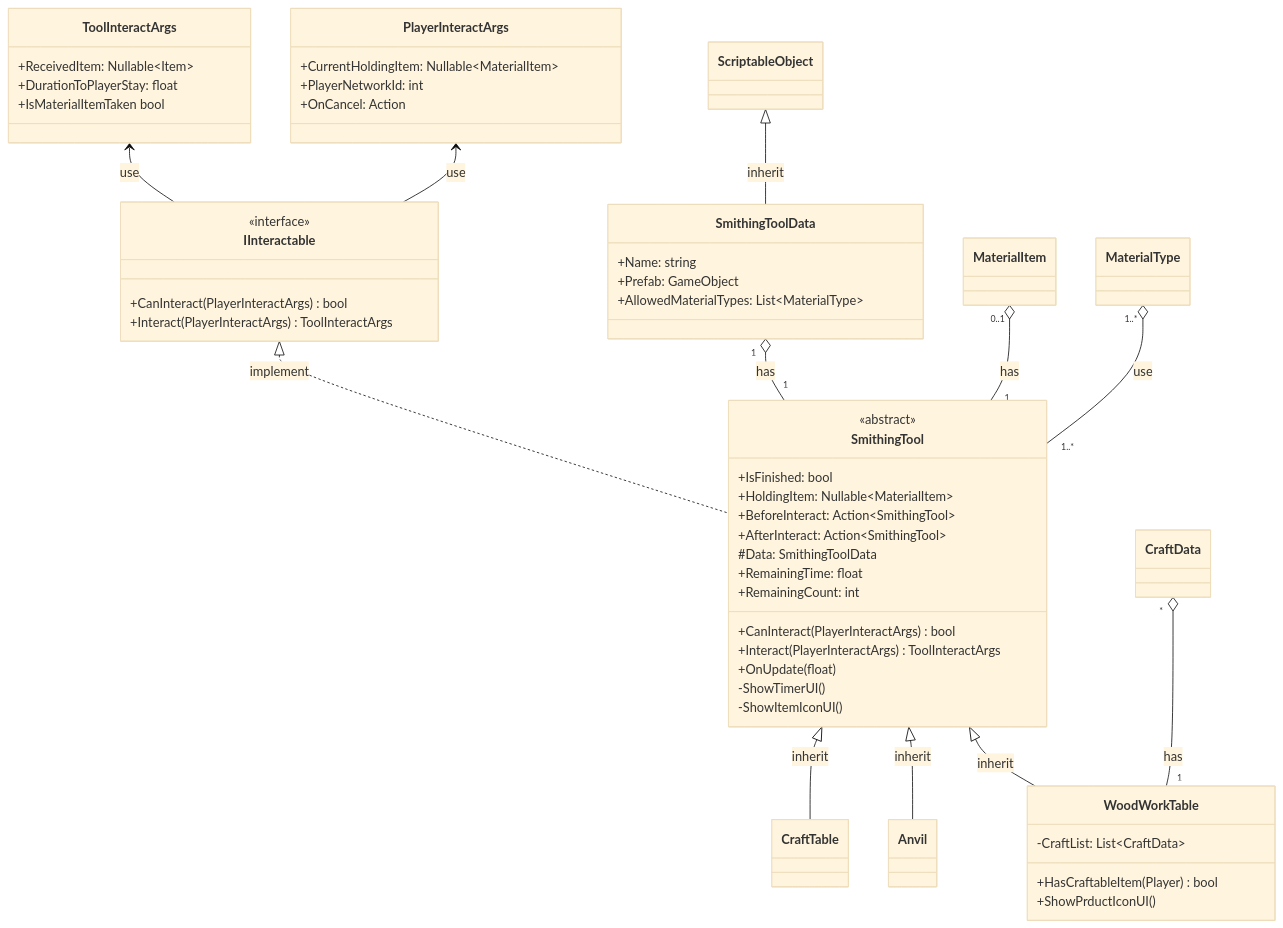
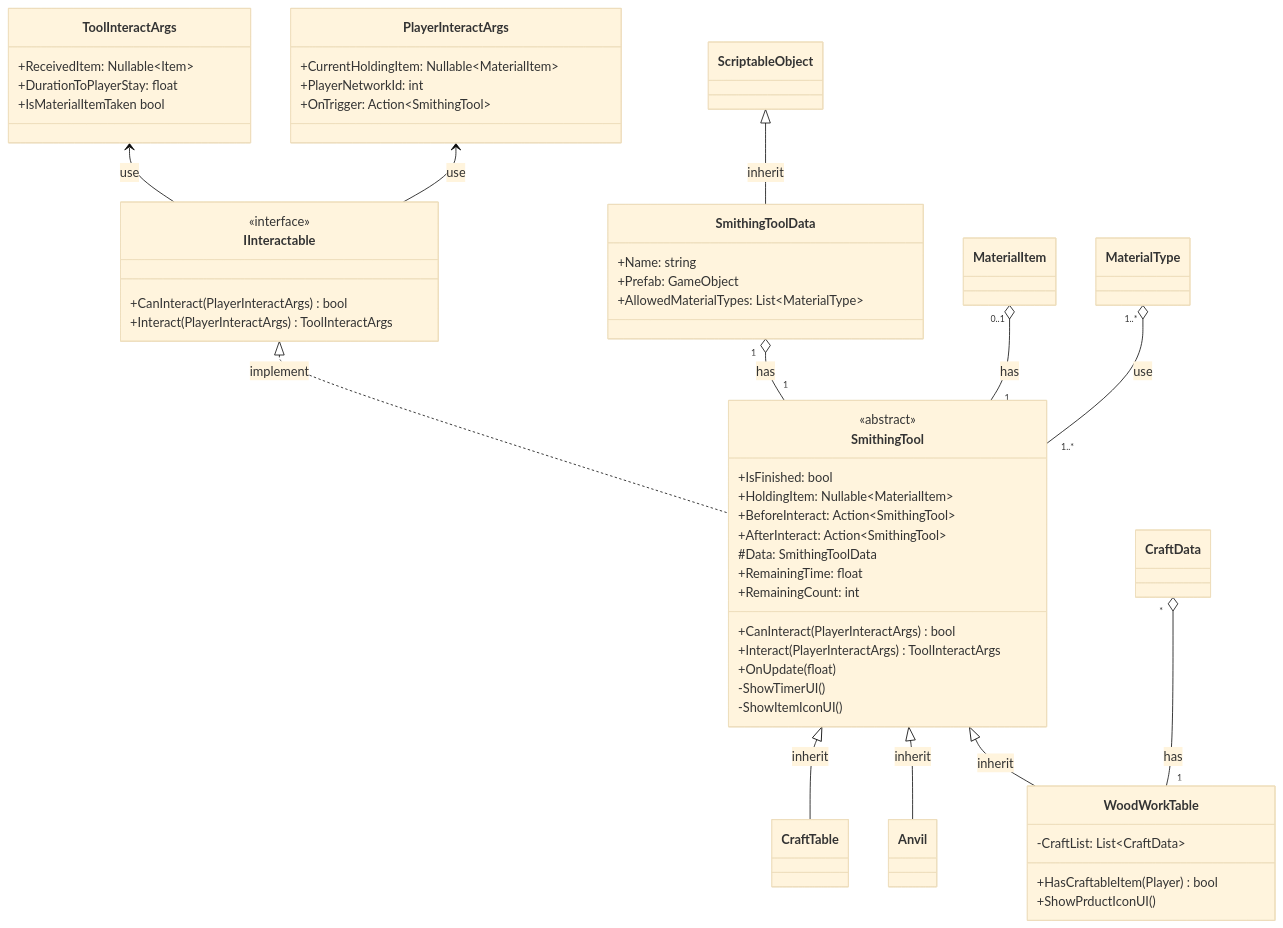
The second of 2 diagrams in Assets/SHG/README.md (Seonggyu-Min/Overforged), drawn with Mermaid (base theme) before and after one commit. The commit also changed other lines of this file and 1 other file, not shown here.

````diff
--- a/Assets/SHG/README.md
+++ b/Assets/SHG/README.md
@@ -64,69 +79,69 @@
 ```mermaid
 classDiagram
 
     class PlayerInteractArgs {
         +CurrentHoldingItem: Nullable~MaterialItem~
         +PlayerNetworkId: int
-        +OnCancel: Action
+        +OnTrigger: Action~SmithingTool~
     }
 
     class ToolInteractArgs {
         +ReceivedItem: Nullable~Item~
         +DurationToPlayerStay: float
         +IsMaterialItemTaken bool
     }
 
     class SmithingToolData {
         +Name: string
         +Prefab: GameObject
         +AllowedMaterialTypes: List~MaterialType~
     }
 
 	class SmithingTool {
     	<<abstract>>
         +IsFinished: bool 
         +HoldingItem: Nullable~MaterialItem~  
         +BeforeInteract: Action~SmithingTool~
         +AfterInteract: Action~SmithingTool~
         #Data: SmithingToolData
         +CanInteract(PlayerInteractArgs) bool
         +Interact(PlayerInteractArgs) ToolInteractArgs
         +OnUpdate(float)
         +RemainingTime: float 
         +RemainingCount: int
         -ShowTimerUI()
         -ShowItemIconUI()
 	}
 
     class IInteractable {
         <<interface>>
         +CanInteract(PlayerInteractArgs) bool
         +Interact(PlayerInteractArgs) ToolInteractArgs
     }
 
     class WoodWorkTable {
         +HasCraftableItem(Player) bool
         +ShowPrductIconUI()
         -CraftList: List~CraftData~
     }
 
     class Anvil {
 
     }
 
     class CraftTable {
         
     }
     
     ScriptableObject <|-- SmithingToolData: inherit
     SmithingToolData "1" o-- "1" SmithingTool: has
     IInteractable <|.. SmithingTool: implement
     PlayerInteractArgs <-- IInteractable: use
     ToolInteractArgs <-- IInteractable: use
     MaterialItem "0..1" o-- "1" SmithingTool: has
     MaterialType "1..*" o-- "1..*" SmithingTool: use
     SmithingTool <|-- WoodWorkTable: inherit
     SmithingTool <|-- Anvil: inherit 
     SmithingTool <|-- CraftTable: inherit
     CraftData "*" o-- "1" WoodWorkTable: has
 ```
````
